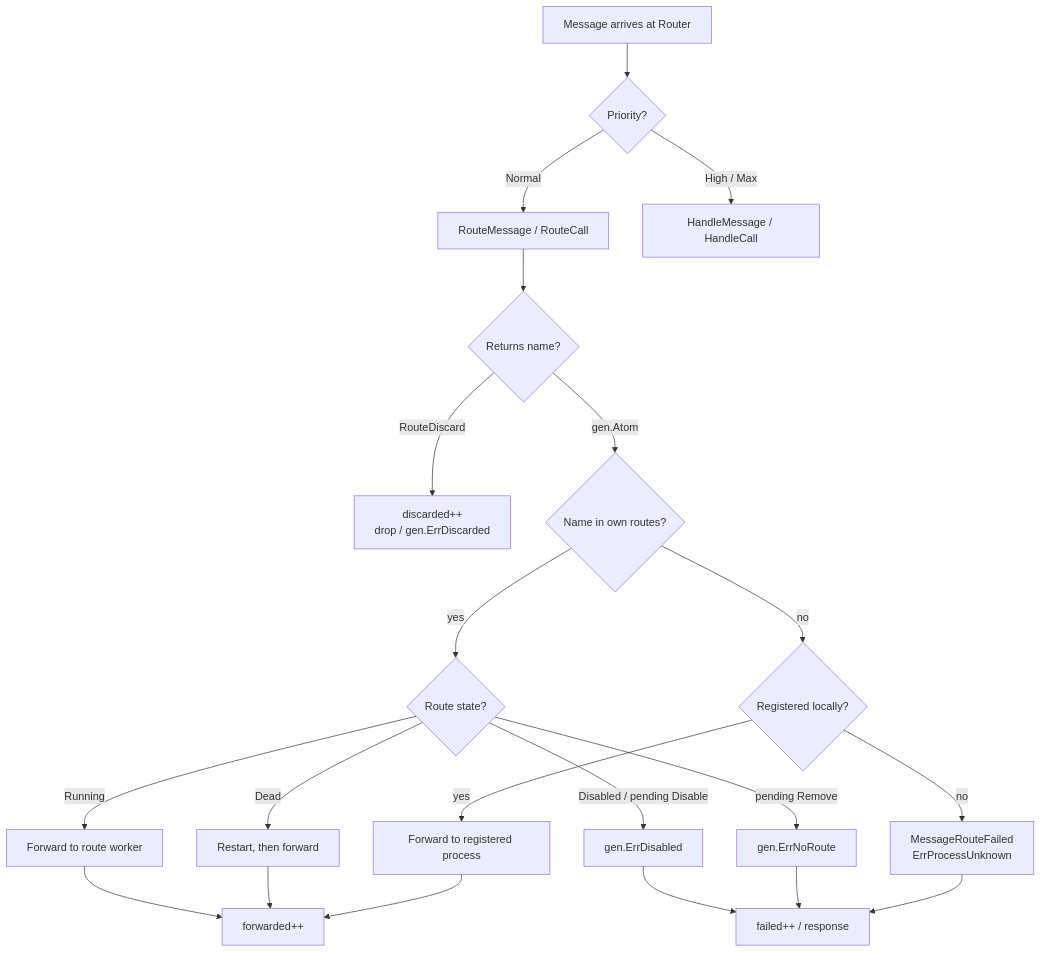
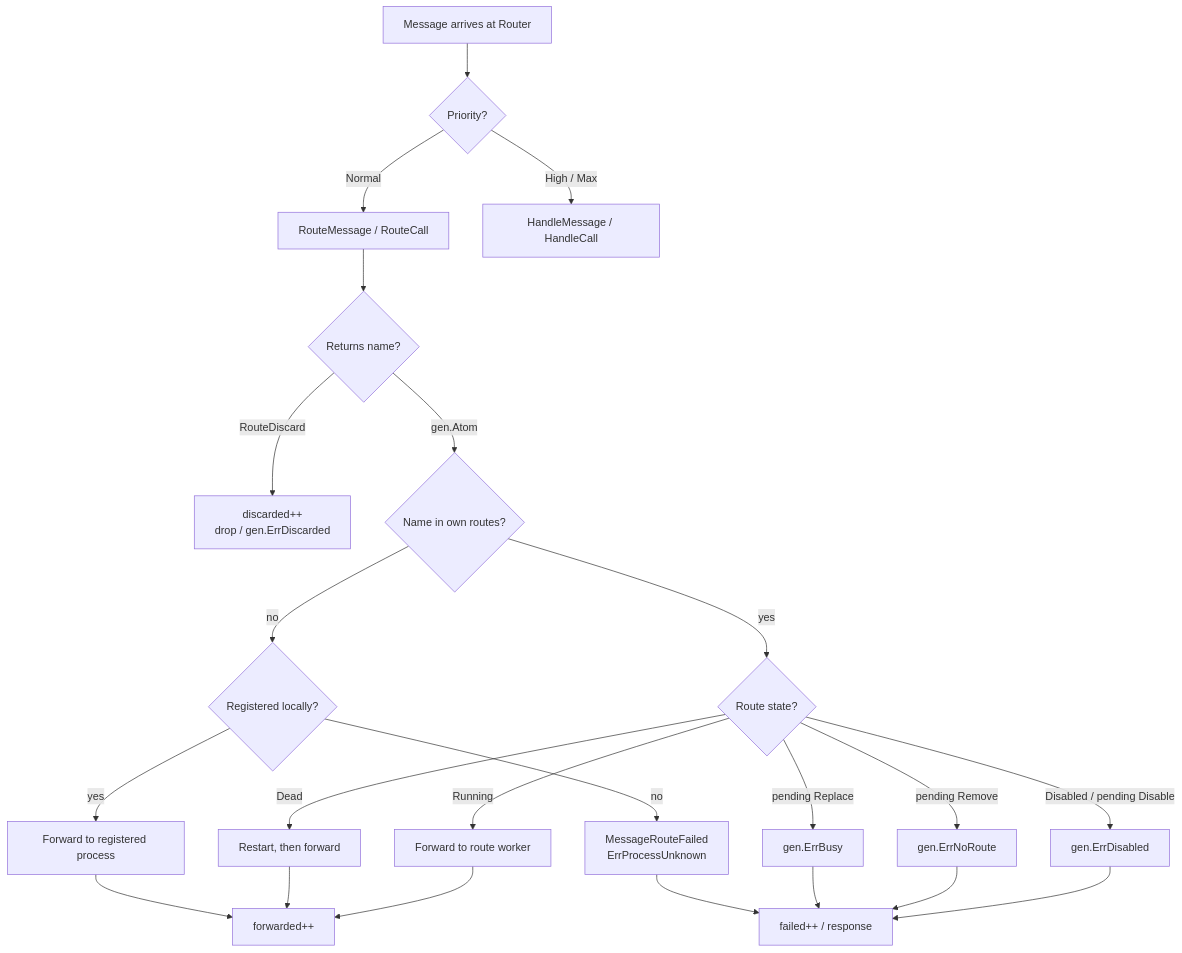
The first of 6 diagrams in docs/actors/router.md (ergo-services/ergo), drawn with Mermaid before and after one commit. The commit also changed other lines of this file and 1 other file, not shown here.

````diff
--- a/docs/actors/router.md
+++ b/docs/actors/router.md
@@ -88,23 +88,25 @@
 ```mermaid
 flowchart TD
     A[Message arrives at Router] --> B{Priority?}
     B -->|Normal| C[RouteMessage / RouteCall]
     B -->|High / Max| Z[HandleMessage / HandleCall]
     C --> D{Returns name?}
     D -->|RouteDiscard| E[discarded++<br>drop / gen.ErrDiscarded]
     D -->|gen.Atom| F{Name in own routes?}
     F -->|yes| G{Route state?}
     F -->|no| H{Registered locally?}
     G -->|Running| I[Forward to route worker]
     G -->|Dead| J[Restart, then forward]
     G -->|Disabled / pending Disable| K[gen.ErrDisabled]
     G -->|pending Remove| L[gen.ErrNoRoute]
+    G -->|pending Replace| Q[gen.ErrBusy]
     H -->|yes| M[Forward to registered process]
     H -->|no| N[MessageRouteFailed<br>ErrProcessUnknown]
     I --> O[forwarded++]
     J --> O
     M --> O
     K --> P[failed++ / response]
     L --> P
+    Q --> P
     N --> P
 ```
````
